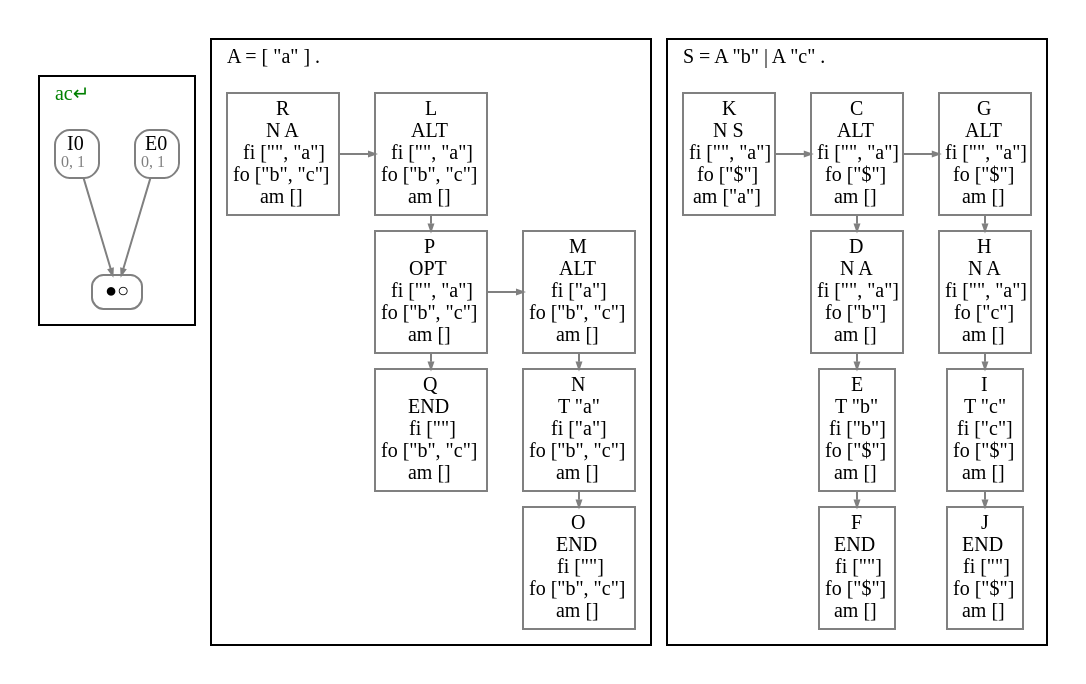
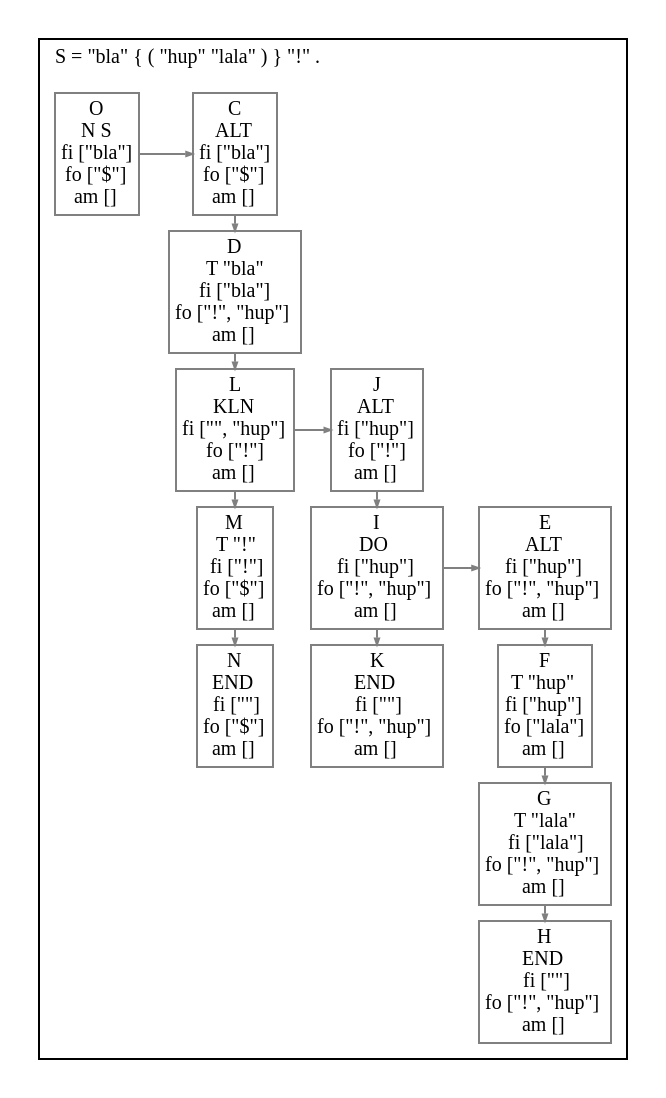
The diagram in ART.gv (JanWillemBrands/AoC2021), drawn with Graphviz before and after one commit. The commit also changed 70 other files, not shown here.

```diff
--- a/ART.gv
+++ b/ART.gv
@@ -1,78 +1,76 @@
 digraph G {
   fontname = Menlo
   fontsize = 10
   node [fontname = Menlo, fontsize = 10, color = gray, height = 0, width = 0, margin= 0.04]
   edge [fontname = Menlo, fontsize = 10, color = gray, arrowsize = 0.3]
   graph [ranksep = 0.1]
   rankdir = "TB"
   subgraph GSS {
     cluster = true
-    label = <ac↵> fontcolor = green
+    label = <bla·hup·lala·hup·...> fontcolor = green
     labeljust = l
     node [shape = box, style = rounded, height = 0]
-    E0 [label = <E0<br/><font color="gray" point-size="8.0"> 0, 1</font>>]
-    E0 -> ●○
-    I0 [label = <I0<br/><font color="gray" point-size="8.0"> 0, 1</font>>]
-    I0 -> ●○
-  }
-  subgraph clusterA {
-    node [shape = box]
-    label = <A = [ "a" ] .>
-    labeljust = l
-    AR0C0 [label = <R<br/>N A<br/>fi ["", "a"]<br/>fo ["b", "c"]<br/>am []>]
-    AR0C1 [label = <L<br/>ALT <br/>fi ["", "a"]<br/>fo ["b", "c"]<br/>am []>]
-    AR1C1 [label = <P<br/>OPT <br/>fi ["", "a"]<br/>fo ["b", "c"]<br/>am []>]
-    AR2C1 [label = <Q<br/>END <br/>fi [""]<br/>fo ["b", "c"]<br/>am []>]
-    AR1C1 -> AR2C1 [weight=100000000]
-    AR1C2 [label = <M<br/>ALT <br/>fi ["a"]<br/>fo ["b", "c"]<br/>am []>]
-    AR2C2 [label = <N<br/>T "a"<br/>fi ["a"]<br/>fo ["b", "c"]<br/>am []>]
-    AR3C2 [label = <O<br/>END <br/>fi [""]<br/>fo ["b", "c"]<br/>am []>]
-    AR2C2 -> AR3C2 [weight=100000000]
-    AR1C2 -> AR2C2 [weight=100000000]
-    rank = same {AR1C1 -> AR1C2}
-    AR0C1 -> AR1C1 [weight=100000000]
-    rank = same {AR0C0 -> AR0C1}
-    node [style = invis]
-    edge [style = invis]
-    rank = same {AR0C1 -> AR0C2}
-    AR0C0 -> AR1C0 [weight=100000000]
-    rank = same {AR1C0 -> AR1C1}
-    AR0C2 -> AR1C2 [weight=100000000]
-    AR1C0 -> AR2C0 [weight=100000000]
-    rank = same {AR2C0 -> AR2C1}
-    AR2C0 -> AR3C0 [weight=100000000]
-    AR2C1 -> AR3C1 [weight=100000000]
-    rank = same {AR3C0 -> AR3C1}
-    rank = same {AR3C1 -> AR3C2}
   }
   subgraph clusterS {
     node [shape = box]
-    label = <S = A "b" | A "c" .>
+    label = <S = "bla" { ( "hup" "lala" ) } "!" .>
     labeljust = l
-    SR0C0 [label = <K<br/>N S<br/>fi ["", "a"]<br/>fo ["$"]<br/>am ["a"]>]
-    SR0C1 [label = <C<br/>ALT <br/>fi ["", "a"]<br/>fo ["$"]<br/>am []>]
-    SR1C1 [label = <D<br/>N A<br/>fi ["", "a"]<br/>fo ["b"]<br/>am []>]
-    SR2C1 [label = <E<br/>T "b"<br/>fi ["b"]<br/>fo ["$"]<br/>am []>]
-    SR3C1 [label = <F<br/>END <br/>fi [""]<br/>fo ["$"]<br/>am []>]
+    SR0C0 [label = <O<br/>N S<br/>fi ["bla"]<br/>fo ["$"]<br/>am []<br/>>]
+    SR0C1 [label = <C<br/>ALT <br/>fi ["bla"]<br/>fo ["$"]<br/>am []<br/>>]
+    SR1C1 [label = <D<br/>T "bla"<br/>fi ["bla"]<br/>fo ["!", "hup"]<br/>am []<br/>>]
+    SR2C1 [label = <L<br/>KLN <br/>fi ["", "hup"]<br/>fo ["!"]<br/>am []<br/>>]
+    SR3C1 [label = <M<br/>T "!"<br/>fi ["!"]<br/>fo ["$"]<br/>am []<br/>>]
+    SR4C1 [label = <N<br/>END <br/>fi [""]<br/>fo ["$"]<br/>am []<br/>>]
+    SR3C1 -> SR4C1 [weight=100000000]
     SR2C1 -> SR3C1 [weight=100000000]
+    SR2C2 [label = <J<br/>ALT <br/>fi ["hup"]<br/>fo ["!"]<br/>am []<br/>>]
+    SR3C2 [label = <I<br/>DO <br/>fi ["hup"]<br/>fo ["!", "hup"]<br/>am []<br/>>]
+    SR4C2 [label = <K<br/>END <br/>fi [""]<br/>fo ["!", "hup"]<br/>am []<br/>>]
+    SR3C2 -> SR4C2 [weight=100000000]
+    SR3C3 [label = <E<br/>ALT <br/>fi ["hup"]<br/>fo ["!", "hup"]<br/>am []<br/>>]
+    SR4C3 [label = <F<br/>T "hup"<br/>fi ["hup"]<br/>fo ["lala"]<br/>am []<br/>>]
+    SR5C3 [label = <G<br/>T "lala"<br/>fi ["lala"]<br/>fo ["!", "hup"]<br/>am []<br/>>]
+    SR6C3 [label = <H<br/>END <br/>fi [""]<br/>fo ["!", "hup"]<br/>am []<br/>>]
+    SR5C3 -> SR6C3 [weight=100000000]
+    SR4C3 -> SR5C3 [weight=100000000]
+    SR3C3 -> SR4C3 [weight=100000000]
+    rank = same {SR3C2 -> SR3C3}
+    SR2C2 -> SR3C2 [weight=100000000]
+    rank = same {SR2C1 -> SR2C2}
     SR1C1 -> SR2C1 [weight=100000000]
     SR0C1 -> SR1C1 [weight=100000000]
-    SR0C2 [label = <G<br/>ALT <br/>fi ["", "a"]<br/>fo ["$"]<br/>am []>]
-    SR1C2 [label = <H<br/>N A<br/>fi ["", "a"]<br/>fo ["c"]<br/>am []>]
-    SR2C2 [label = <I<br/>T "c"<br/>fi ["c"]<br/>fo ["$"]<br/>am []>]
-    SR3C2 [label = <J<br/>END <br/>fi [""]<br/>fo ["$"]<br/>am []>]
-    SR2C2 -> SR3C2 [weight=100000000]
-    SR1C2 -> SR2C2 [weight=100000000]
-    SR0C2 -> SR1C2 [weight=100000000]
-    rank = same {SR0C1 -> SR0C2}
     rank = same {SR0C0 -> SR0C1}
     node [style = invis]
     edge [style = invis]
+    rank = same {SR0C1 -> SR0C2}
+    rank = same {SR0C2 -> SR0C3}
     SR0C0 -> SR1C0 [weight=100000000]
     rank = same {SR1C0 -> SR1C1}
+    SR0C2 -> SR1C2 [weight=100000000]
+    rank = same {SR1C1 -> SR1C2}
+    SR0C3 -> SR1C3 [weight=100000000]
+    rank = same {SR1C2 -> SR1C3}
     SR1C0 -> SR2C0 [weight=100000000]
     rank = same {SR2C0 -> SR2C1}
+    SR1C2 -> SR2C2 [weight=100000000]
+    SR1C3 -> SR2C3 [weight=100000000]
+    rank = same {SR2C2 -> SR2C3}
     SR2C0 -> SR3C0 [weight=100000000]
     rank = same {SR3C0 -> SR3C1}
+    SR2C3 -> SR3C3 [weight=100000000]
+    SR3C0 -> SR4C0 [weight=100000000]
+    rank = same {SR4C0 -> SR4C1}
+    SR4C0 -> SR5C0 [weight=100000000]
+    SR4C1 -> SR5C1 [weight=100000000]
+    rank = same {SR5C0 -> SR5C1}
+    SR4C2 -> SR5C2 [weight=100000000]
+    rank = same {SR5C1 -> SR5C2}
+    rank = same {SR5C2 -> SR5C3}
+    SR5C0 -> SR6C0 [weight=100000000]
+    SR5C1 -> SR6C1 [weight=100000000]
+    rank = same {SR6C0 -> SR6C1}
+    SR5C2 -> SR6C2 [weight=100000000]
+    rank = same {SR6C1 -> SR6C2}
+    rank = same {SR6C2 -> SR6C3}
   }
 }
```
